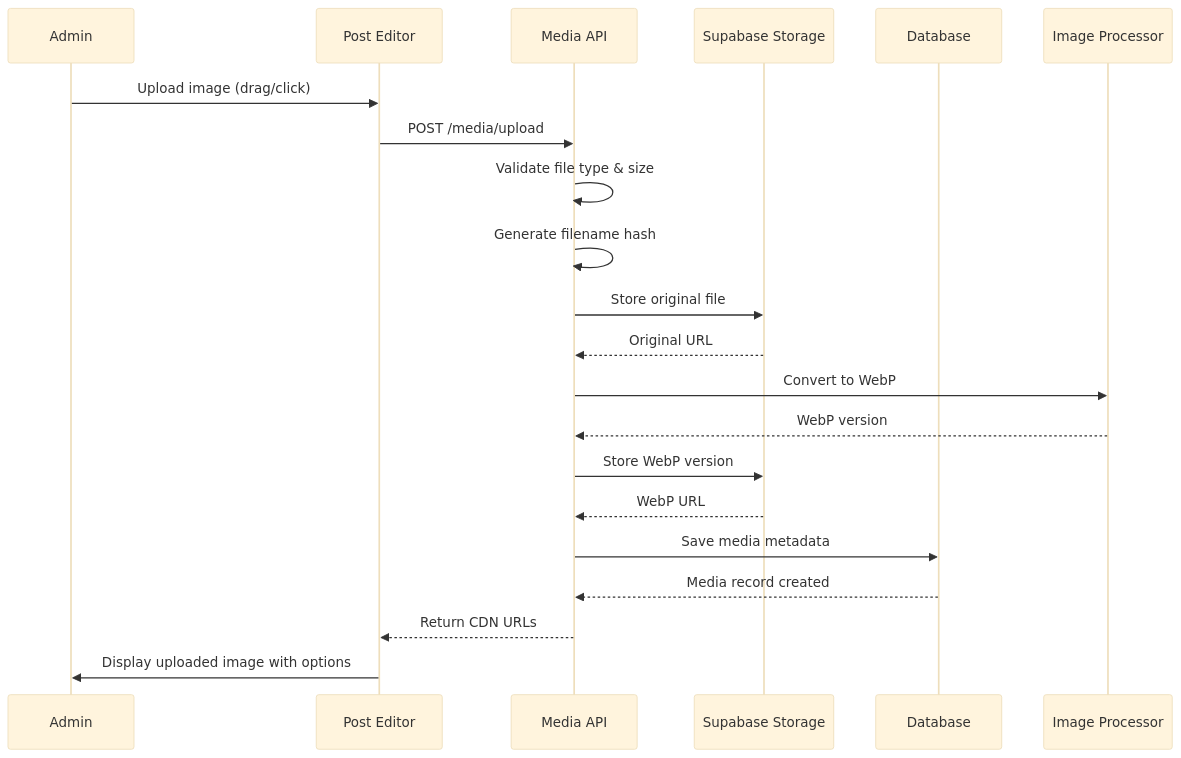
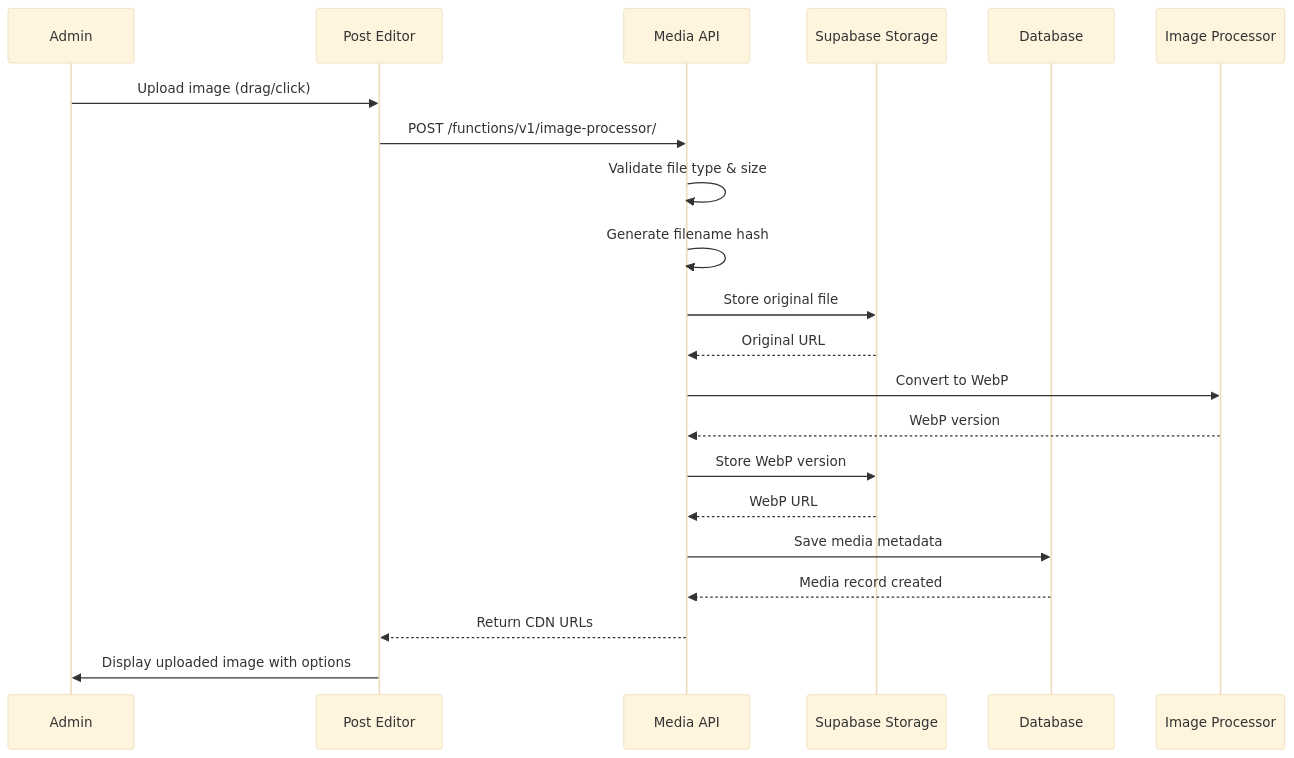
The first of 4 diagrams in prd/06-media-management.md (jkjan/nowhereland), drawn with Mermaid (base theme) before and after one commit. The commit also changed other lines of this file and 18 other files, not shown here.

````diff
--- a/prd/06-media-management.md
+++ b/prd/06-media-management.md
@@ -112,28 +112,28 @@
 ```mermaid
 sequenceDiagram
     participant A as Admin
     participant UI as Post Editor
     participant API as Media API
     participant STORAGE as Supabase Storage
     participant DB as Database
     participant PROC as Image Processor
     
     A->>UI: Upload image (drag/click)
-    UI->>API: POST /media/upload
+    UI->>API: POST /functions/v1/image-processor/
     API->>API: Validate file type & size
     API->>API: Generate filename hash
     
     API->>STORAGE: Store original file
     STORAGE-->>API: Original URL
     
     API->>PROC: Convert to WebP
     PROC-->>API: WebP version
     API->>STORAGE: Store WebP version
     STORAGE-->>API: WebP URL
     
     API->>DB: Save media metadata
     DB-->>API: Media record created
     
     API-->>UI: Return CDN URLs
     UI->>A: Display uploaded image with options
 ```
````
